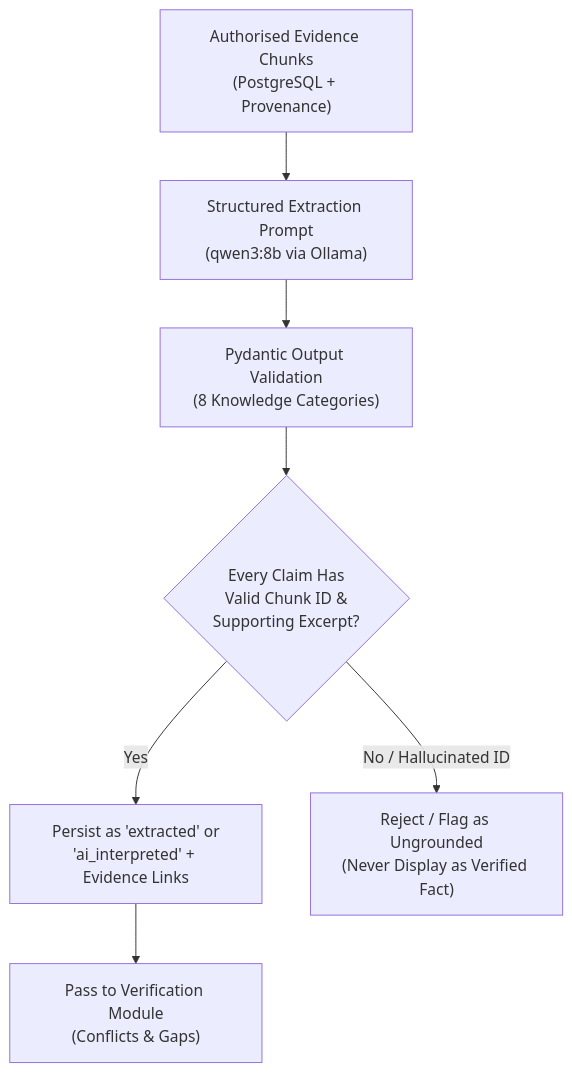
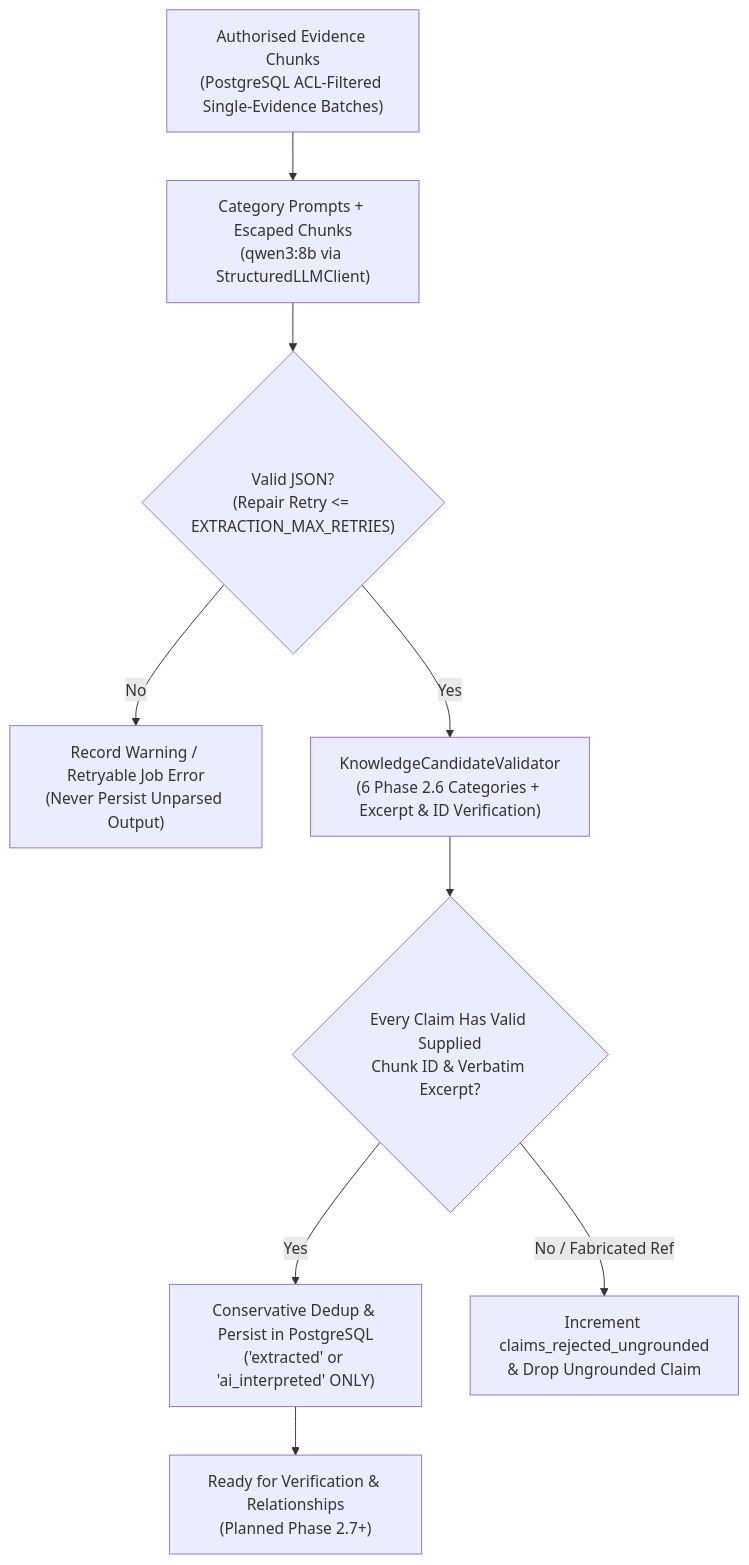
One commit to adwaitumredkar1818/intelligent-project-knowledge-handover changed the first of 2 diagrams in documentation/architecture/ai-rag-architecture.md. Above: the diagram before and after it, drawn with Mermaid. The commit also changed other lines of this file and 12 other files, not shown here.

Commit message:
docs: update architecture/API specs through Phase 2.6 and add Phase 2.7 plan

````diff
--- a/documentation/architecture/ai-rag-architecture.md
+++ b/documentation/architecture/ai-rag-architecture.md
@@ -61,9 +62,11 @@
 ```mermaid
 flowchart TD
-    AuthChunks["Authorised Evidence Chunks\n(PostgreSQL + Provenance)"] --> Prompt["Structured Extraction Prompt\n(qwen3:8b via Ollama)"]
-    Prompt --> Schema["Pydantic Output Validation\n(8 Knowledge Categories)"]
-    Schema --> CiteCheck{"Every Claim Has\nValid Chunk ID &\nSupporting Excerpt?"}
-    CiteCheck -->|"Yes"| Store["Persist as 'extracted' or\n'ai_interpreted' + Evidence Links"]
-    CiteCheck -->|"No / Hallucinated ID"| Quarantine["Reject / Flag as Ungrounded\n(Never Display as Verified Fact)"]
-    Store --> Verify["Pass to Verification Module\n(Conflicts & Gaps)"]
+    AuthChunks["Authorised Evidence Chunks\n(PostgreSQL ACL-Filtered Single-Evidence Batches)"] --> Prompt["Category Prompts + Escaped Chunks\n(qwen3:8b via StructuredLLMClient)"]
+    Prompt --> Parse{"Valid JSON?\n(Repair Retry <= EXTRACTION_MAX_RETRIES)"}
+    Parse -->|"No"| Quarantine["Record Warning / Retryable Job Error\n(Never Persist Unparsed Output)"]
+    Parse -->|"Yes"| Schema["KnowledgeCandidateValidator\n(6 Phase 2.6 Categories + Excerpt & ID Verification)"]
+    Schema --> CiteCheck{"Every Claim Has Valid Supplied\nChunk ID & Verbatim Excerpt?"}
+    CiteCheck -->|"Yes"| Store["Conservative Dedup & Persist in PostgreSQL\n('extracted' or 'ai_interpreted' ONLY)"]
+    CiteCheck -->|"No / Fabricated Ref"| Drop["Increment claims_rejected_ungrounded\n& Drop Ungrounded Claim"]
+    Store --> Verify["Ready for Verification & Relationships\n(Planned Phase 2.7+)"]
 ```
````
